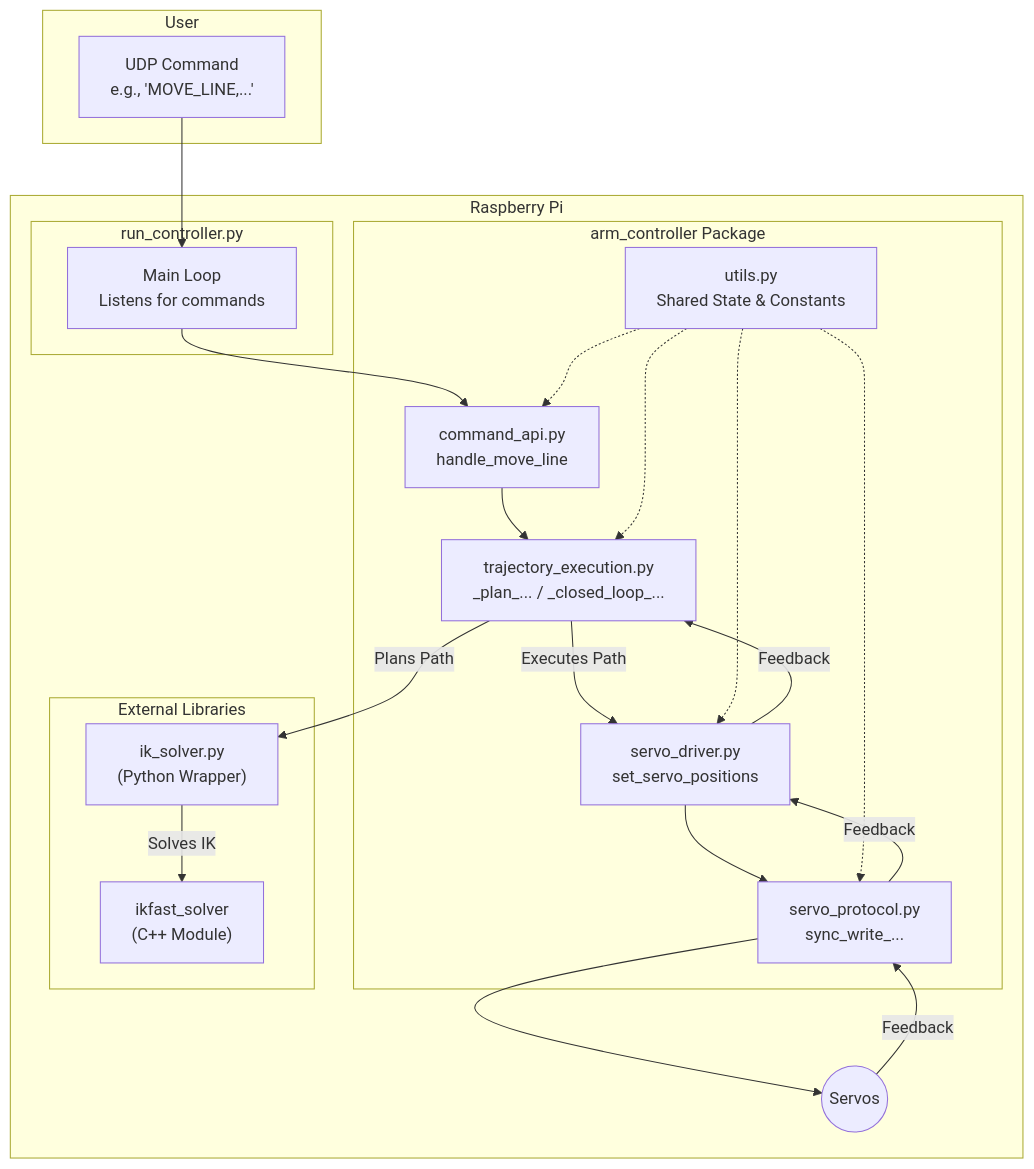
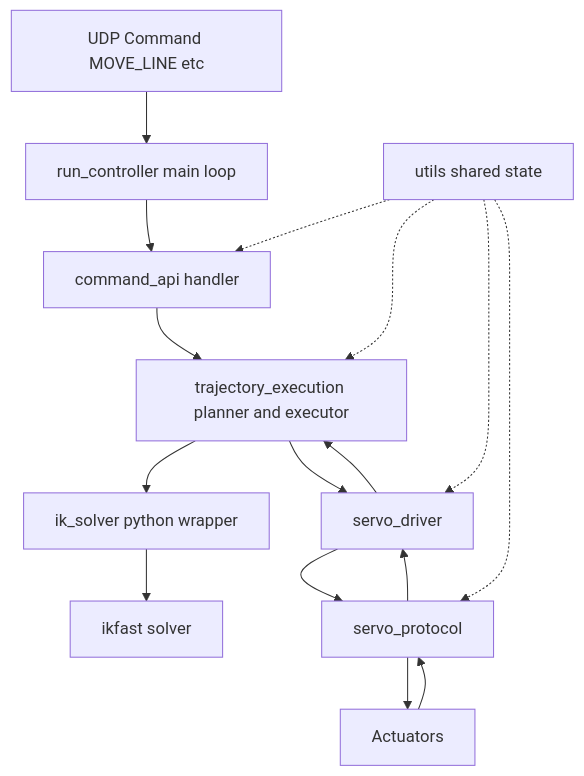
One commit to kortexa-ai/GradientOS changed the second of 3 diagrams in docs/README.md. Above: the diagram before and after it, drawn with Mermaid. The commit also changed other lines of this file and 2 other files, not shown here.

````diff
--- a/docs/README.md
+++ b/docs/README.md
@@ -360,45 +322,18 @@
 ```mermaid
-graph TD
-    subgraph User
-        A["UDP Command<br/>e.g., 'MOVE_LINE,...'"]
-    end
-
-    subgraph Raspberry Pi
-        subgraph run_controller.py
-            B["Main Loop<br/>Listens for commands"]
-        end
-
-        subgraph arm_controller Package
-            C["command_api.py<br/>handle_move_line"]
-            D["trajectory_execution.py<br/>_plan_... / _closed_loop_..."]
-            E["servo_driver.py<br/>set_servo_positions"]
-            F["servo_protocol.py<br/>sync_write_..."]
-            G["utils.py<br/>Shared State & Constants"]
-        end
-
-        subgraph External Libraries
-             H["ik_solver.py<br/>(Python Wrapper)"]
-             I["ikfast_solver<br/>(C++ Module)"]
-        end
-        
-        J(("Servos"))
-    end
-
-    A --> B;
-    B --> C;
-    C --> D;
-    D --"Plans Path"--> H;
-    H --"Solves IK"--> I;
-    D --"Executes Path"--> E;
-    E --> F;
-    F --> J;
-    
-    J --"Feedback"--> F;
-    F --"Feedback"--> E;
-    E --"Feedback"--> D;
-    
-    G -.-> C;
-    G -.-> D;
-    G -.-> E;
-    G -.-> F;
+flowchart TD
+    A[UDP Command MOVE_LINE etc] --> B[run_controller main loop]
+    B --> C[command_api handler]
+    C --> D[trajectory_execution planner and executor]
+    D --> E[ik_solver python wrapper]
+    E --> F[ikfast solver]
+    D --> G[servo_driver]
+    G --> H[servo_protocol]
+    H --> I[Actuators]
+    I --> H
+    H --> G
+    G --> D
+    J[utils shared state] -.-> C
+    J -.-> D
+    J -.-> G
+    J -.-> H
 ```
````
